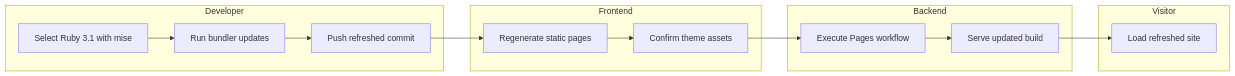
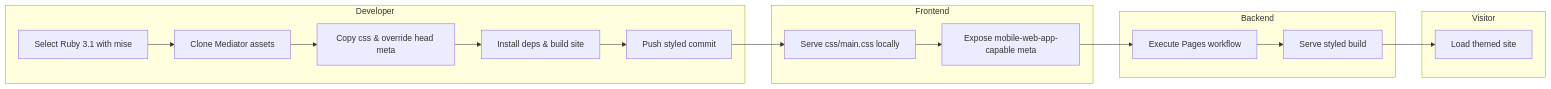
Before and after one commit to muyueh/Jekyll: the sixth of 6 diagrams in README.md, drawn with Mermaid. The commit also changed other lines of this file and 3 other files, not shown here.

Commit message:
Vendor Mediator assets locally

````diff
--- a/README.md
+++ b/README.md
@@ -80,21 +97,23 @@
 ```mermaid
 flowchart LR
     subgraph Developer
         D1[Select Ruby 3.1 with mise]
-        D2[Run bundler updates]
-        D3[Push refreshed commit]
+        D2[Clone Mediator assets]
+        D3[Copy css & override head meta]
+        D4[Install deps & build site]
+        D5[Push styled commit]
     end
     subgraph Frontend
-        F1[Regenerate static pages]
-        F2[Confirm theme assets]
+        F1[Serve css/main.css locally]
+        F2[Expose mobile-web-app-capable meta]
     end
     subgraph Backend
         B1[Execute Pages workflow]
-        B2[Serve updated build]
+        B2[Serve styled build]
     end
     subgraph Visitor
-        V1[Load refreshed site]
+        V1[Load themed site]
     end
 
-    D1 --> D2 --> D3 --> F1 --> F2 --> B1 --> B2 --> V1
+    D1 --> D2 --> D3 --> D4 --> D5 --> F1 --> F2 --> B1 --> B2 --> V1
 ```
````
